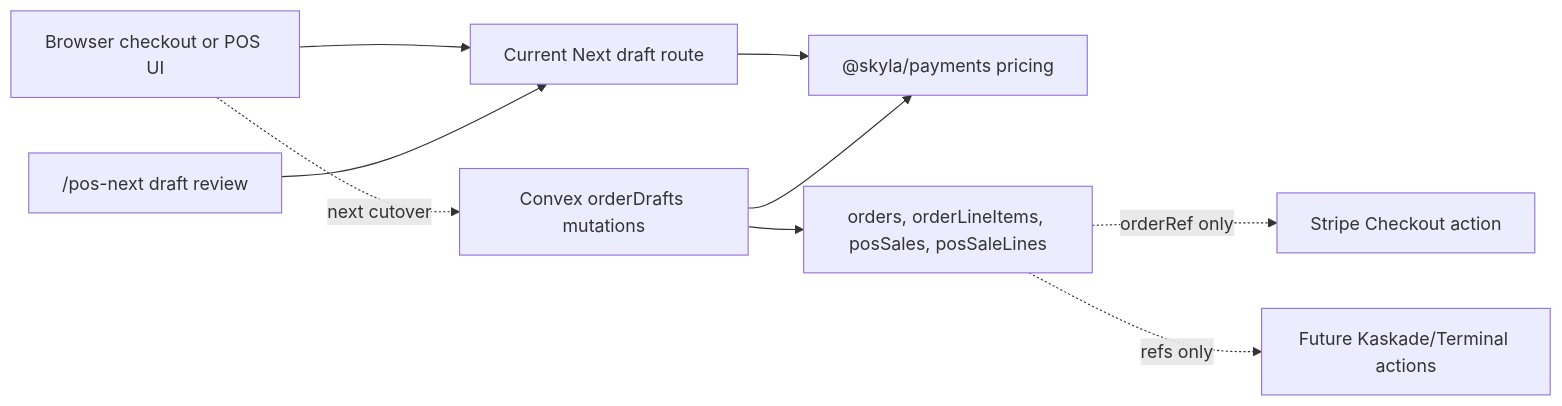
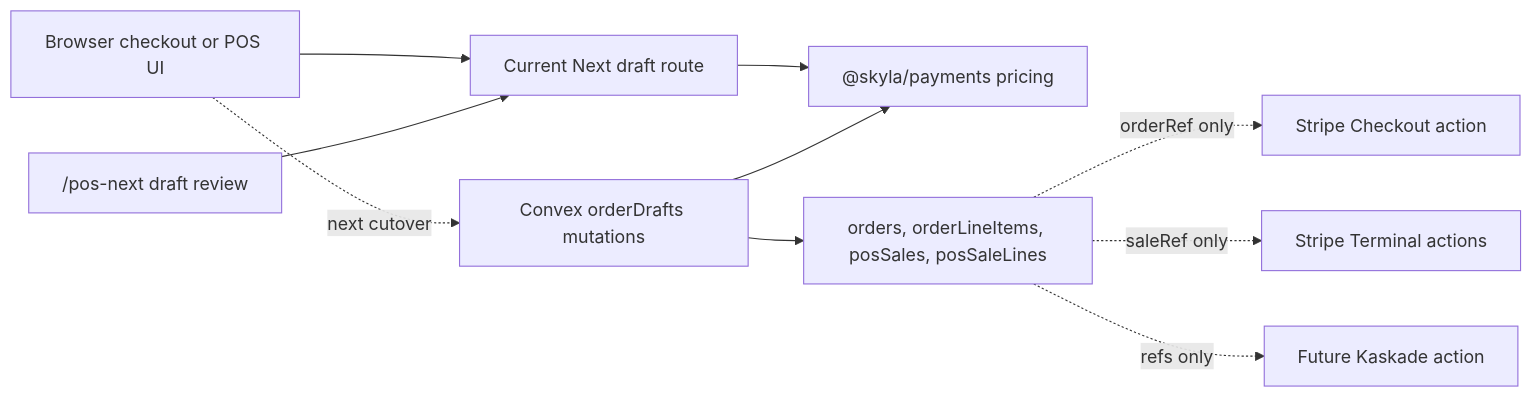
Before and after one commit to junyengit/skyla: the diagram in docs/runbooks/convex-order-spine.md, drawn with Mermaid. The commit also changed other lines of this file and 34 other files, not shown here.

````diff
--- a/docs/runbooks/convex-order-spine.md
+++ b/docs/runbooks/convex-order-spine.md
@@ -42,19 +45,21 @@
 ```mermaid
 flowchart LR
   browser["Browser checkout or POS UI"]
   nextRoute["Current Next draft route"]
   posNext["/pos-next draft review"]
   pricing["@skyla/payments pricing"]
   convexMutation["Convex orderDrafts mutations"]
   convexTables["orders, orderLineItems, posSales, posSaleLines"]
   stripe["Stripe Checkout action"]
-  futureProviders["Future Kaskade/Terminal actions"]
+  terminal["Stripe Terminal actions"]
+  futureProviders["Future Kaskade action"]
 
   browser --> nextRoute --> pricing
   posNext --> nextRoute
   browser -. next cutover .-> convexMutation
   convexMutation --> pricing
   convexMutation --> convexTables
   convexTables -. orderRef only .-> stripe
+  convexTables -. saleRef only .-> terminal
   convexTables -. refs only .-> futureProviders
 ```
````
